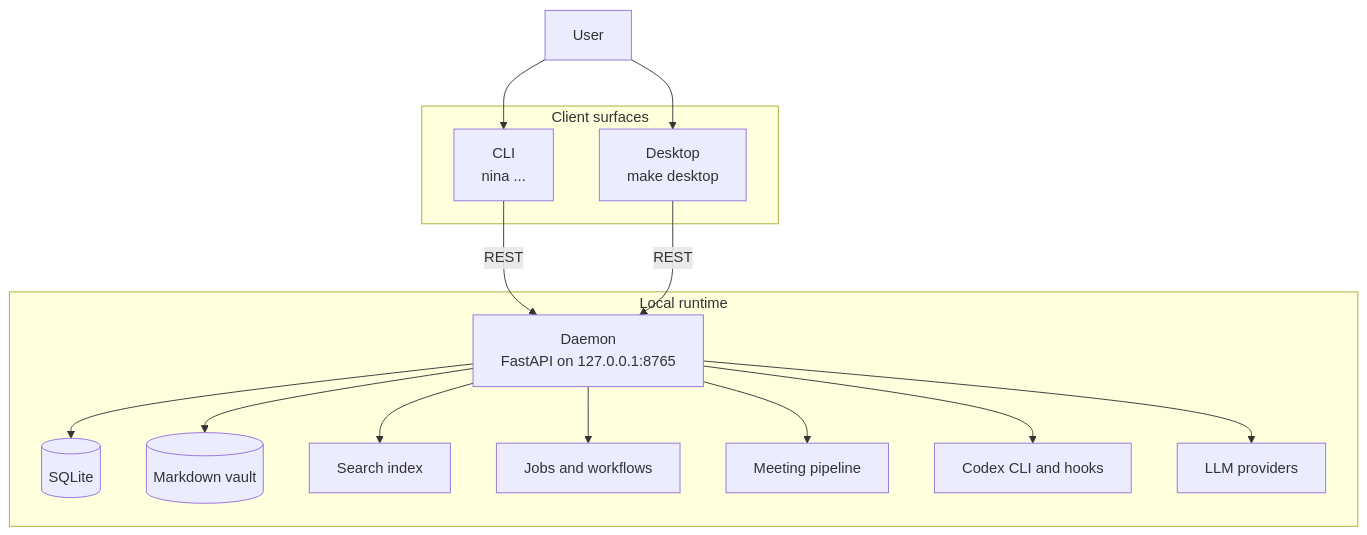
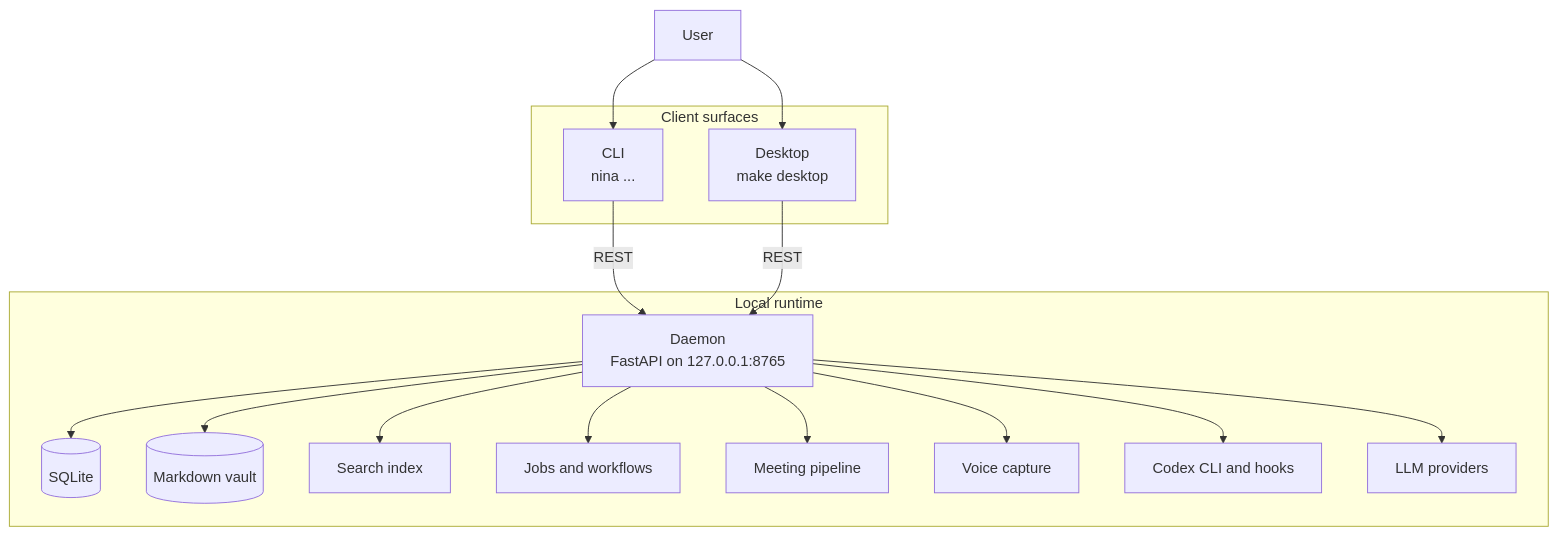
One commit to pedroaz/nina changed the diagram in README.md. Above: the diagram before and after it, drawn with Mermaid. The commit also changed other lines of this file and 52 other files, not shown here.

````diff
--- a/README.md
+++ b/README.md
@@ -43,33 +44,35 @@
 ```mermaid
 flowchart TB
   User[User]
 
   subgraph Clients[Client surfaces]
     CLI["CLI<br/>nina ..."]
     Desktop["Desktop<br/>make desktop"]
   end
 
   subgraph Runtime[Local runtime]
     Daemon["Daemon<br/>FastAPI on 127.0.0.1:8765"]
     SQLite[(SQLite)]
     Vault[(Markdown vault)]
     Search[Search index]
     Jobs[Jobs and workflows]
     Meetings[Meeting pipeline]
+    Voice[Voice capture]
     Codex[Codex CLI and hooks]
     LLM[LLM providers]
   end
 
   User --> CLI
   User --> Desktop
   CLI -->|REST| Daemon
   Desktop -->|REST| Daemon
 
   Daemon --> SQLite
   Daemon --> Vault
   Daemon --> Search
   Daemon --> Jobs
   Daemon --> Meetings
+  Daemon --> Voice
   Daemon --> Codex
   Daemon --> LLM
 ```
````
